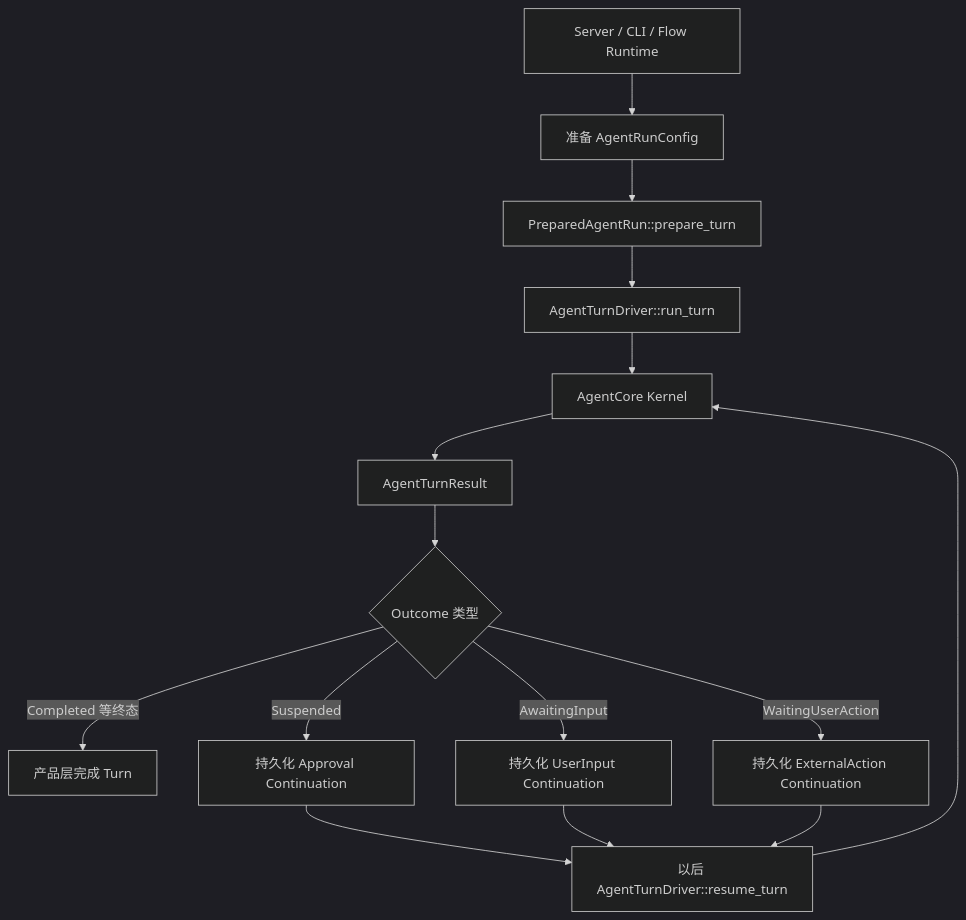
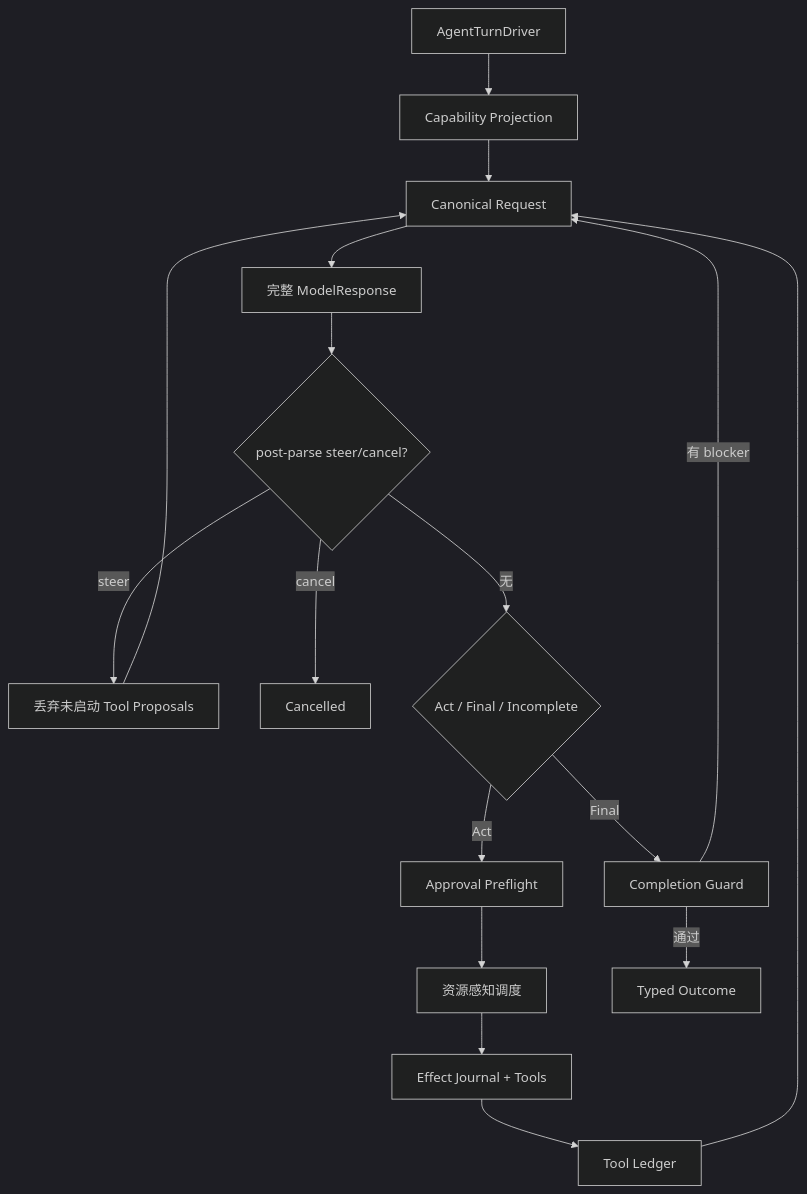
The sixth of 8 diagrams in docs/codex-vs-opentopia-agent-loop-zh-cn.md (StagoMax/OpenTopia), drawn with Mermaid (dark theme) before and after one commit. The commit also changed other lines of this file, not shown here.

````diff
--- a/docs/codex-vs-opentopia-agent-loop-zh-cn.md
+++ b/docs/codex-vs-opentopia-agent-loop-zh-cn.md
@@ -335,17 +153,19 @@
 ```mermaid
 flowchart TD
-    A[Server / CLI / Flow Runtime] --> B[准备 AgentRunConfig]
-    B --> C[PreparedAgentRun::prepare_turn]
-    C --> D[AgentTurnDriver::run_turn]
-    D --> E[AgentCore Kernel]
-    E --> F[AgentTurnResult]
-    F --> G{Outcome 类型}
-    G -->|Completed 等终态| H[产品层完成 Turn]
-    G -->|Suspended| I[持久化 Approval Continuation]
-    G -->|AwaitingInput| J[持久化 UserInput Continuation]
-    G -->|WaitingUserAction| K[持久化 ExternalAction Continuation]
-    I --> L[以后 AgentTurnDriver::resume_turn]
-    J --> L
-    K --> L
-    L --> E
+    A[AgentTurnDriver] --> B[Capability Projection]
+    B --> C[Canonical Request]
+    C --> D[完整 ModelResponse]
+    D --> E{post-parse steer/cancel?}
+    E -->|steer| F[丢弃未启动 Tool Proposals]
+    F --> C
+    E -->|cancel| G[Cancelled]
+    E -->|无| H{Act / Final / Incomplete}
+    H -->|Act| I[Approval Preflight]
+    I --> J[资源感知调度]
+    J --> K[Effect Journal + Tools]
+    K --> L[Tool Ledger]
+    L --> C
+    H -->|Final| M[Completion Guard]
+    M -->|有 blocker| C
+    M -->|通过| N[Typed Outcome]
 ```
````
